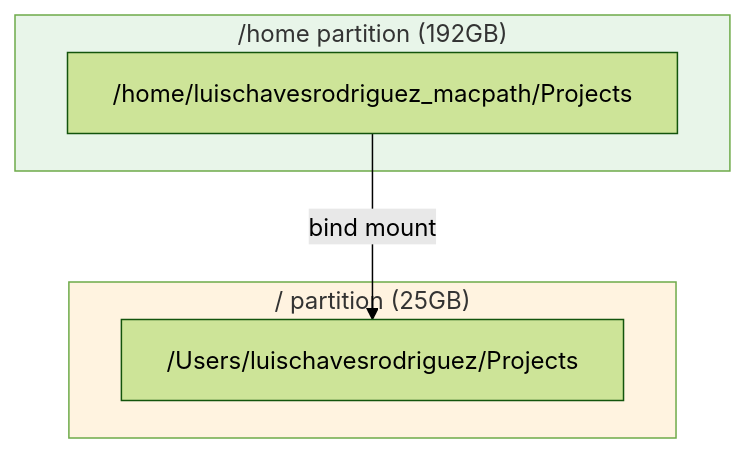
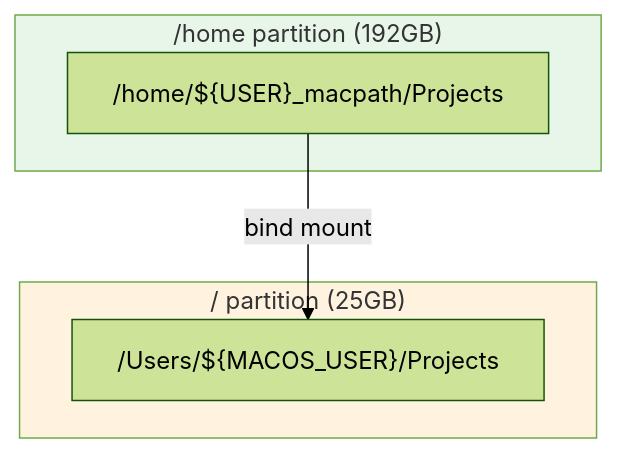
The third of 3 diagrams in README.md (lucharo/always-on-claude), drawn with Mermaid (forest theme) before and after one commit. The commit also changed other lines of this file, not shown here.

````diff
--- a/README.md
+++ b/README.md
@@ -71,15 +71,15 @@
 ```mermaid
 flowchart TB
     subgraph home["/home partition (192GB)"]
-        DATA["/home/luischavesrodriguez_macpath/Projects"]
+        DATA["/home/${USER}_macpath/Projects"]
     end
 
     subgraph root["/ partition (25GB)"]
-        MOUNT["/Users/luischavesrodriguez/Projects"]
+        MOUNT["/Users/${MACOS_USER}/Projects"]
     end
 
     DATA -->|"bind mount"| MOUNT
 
     style home fill:#e8f5e9
     style root fill:#fff3e0
 ```
````
